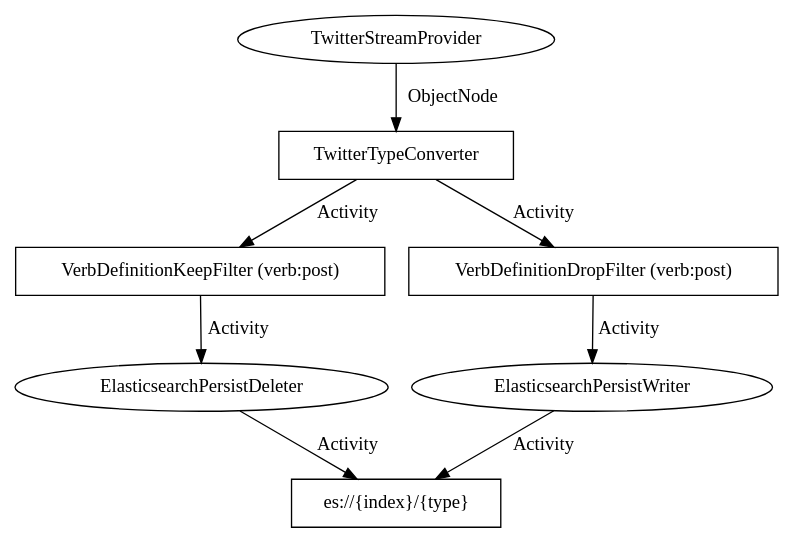
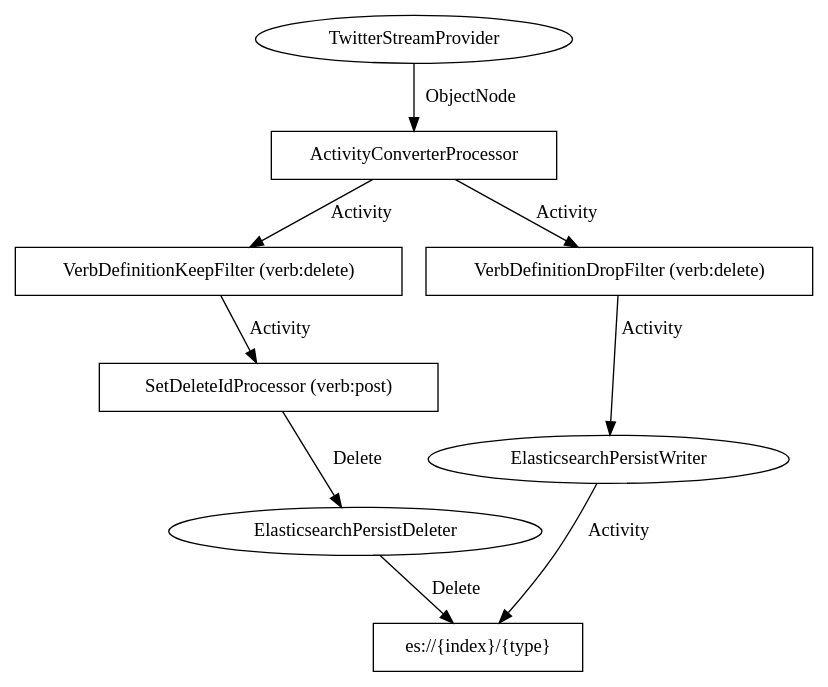
The diagram in local/twitter-userstream-elasticsearch/src/main/resources/TwitterUserstreamElasticsearch.dot (apache/streams-examples), drawn with Graphviz before and after one commit. The commit also changed 3 other files, not shown here.

Commit message:
fixed delete verb def clean-up documentation confirmed working

```diff
--- a/local/twitter-userstream-elasticsearch/src/main/resources/TwitterUserstreamElasticsearch.dot
+++ b/local/twitter-userstream-elasticsearch/src/main/resources/TwitterUserstreamElasticsearch.dot
@@ -1,26 +1,28 @@
 digraph g {
 
   //providers
   TwitterStreamProvider [label="TwitterStreamProvider",shape=ellipse,URL="https://github.com/apache/incubator-streams/blob/master/streams-contrib/streams-provider-twitter/src/main/java/org/apache/streams/twitter/provider/TwitterStreamProvider.java"];
 
   //processors
-  TwitterTypeConverter [label="TwitterTypeConverter",shape=box,URL="https://github.com/apache/incubator-streams/blob/master/streams-contrib/streams-provider-twitter/src/main/java/org/apache/streams/twitter/processor/TwitterTypeConverter.java"];
-  DeleteOnlyProcessor [label="VerbDefinitionKeepFilter (verb:post)",shape=box,URL="https://github.com/apache/incubator-streams/blob/master/streams-components/streams-filters/src/main/java/org/apache/streams/filters/VerbDefinitionKeepFilter.java"];
-  NoDeletesProcessor  [label="VerbDefinitionDropFilter (verb:post)",shape=box,URL="https://github.com/apache/incubator-streams/blob/master/streams-components/streams-filters/src/main/java/org/apache/streams/filters/VerbDefinitionDropFilter.java"];
-   
+  ActivityConverterProcessor [label="ActivityConverterProcessor",shape=box,URL="https://github.com/apache/incubator-streams/blob/master/streams-components/streams-converters/src/main/java/org/apache/streams/converter/ActivityConverterProcessor.java"];
+  DeleteOnlyProcessor [label="VerbDefinitionKeepFilter (verb:delete)",shape=box,URL="https://github.com/apache/incubator-streams/blob/master/streams-components/streams-filters/src/main/java/org/apache/streams/filters/VerbDefinitionKeepFilter.java"];
+  NoDeletesProcessor  [label="VerbDefinitionDropFilter (verb:delete)",shape=box,URL="https://github.com/apache/incubator-streams/blob/master/streams-components/streams-filters/src/main/java/org/apache/streams/filters/VerbDefinitionDropFilter.java"];
+  SetDeleteIdProcessor [label="SetDeleteIdProcessor (verb:post)",shape=box,URL="https://github.com/apache/incubator-streams-examples/blob/master/local/twitter-userstream-elasticsearch/src/main/java/org/apache/streams/twitter/example/TwitterUserstreamElasticsearch.java"];
+
   //persisters
   ElasticsearchPersistWriter [label="ElasticsearchPersistWriter",shape=ellipse,URL="https://github.com/apache/incubator-streams/blob/master/streams-contrib/streams-persist-elasticsearch/src/main/java/org/apache/streams/elasticsearch/ElasticsearchPersistWriter.java"];
-  ElasticsearchPersistDeleter [label="ElasticsearchPersistDeleter",shape=ellipse,URL="https://github.com/apache/incubator-streams/blob/master/streams-contrib/streams-persist-elasticsearch/src/main/java/org/apache/streams/elasticsearch/ElasticsearchPersistWriter.java"];
+  ElasticsearchPersistDeleter [label="ElasticsearchPersistDeleter",shape=ellipse,URL="https://github.com/apache/incubator-streams/blob/master/streams-contrib/streams-persist-elasticsearch/src/main/java/org/apache/streams/elasticsearch/ElasticsearchPersistDeleter.java"];
 
    //data
   es [label="es://{index}/{type}",shape=box];
 
   //stream
-  TwitterStreamProvider -> TwitterTypeConverter [label="ObjectNode"];
-  TwitterTypeConverter -> DeleteOnlyProcessor [label="Activity",URL="https://github.com/apache/incubator-streams/blob/master/streams-pojo/src/main/jsonschema/org/apache/streams/pojo/json/activity.json"];
-  TwitterTypeConverter -> NoDeletesProcessor [label="Activity",URL="https://github.com/apache/incubator-streams/blob/master/streams-pojo/src/main/jsonschema/org/apache/streams/pojo/json/activity.json"];
-  DeleteOnlyProcessor -> ElasticsearchPersistDeleter [label="Activity",URL="https://github.com/apache/incubator-streams/blob/master/streams-pojo/src/main/jsonschema/org/apache/streams/pojo/json/activity.json"];
+  TwitterStreamProvider -> ActivityConverterProcessor [label="ObjectNode"];
+  ActivityConverterProcessor -> DeleteOnlyProcessor [label="Activity",URL="https://github.com/apache/incubator-streams/blob/master/streams-pojo/src/main/jsonschema/org/apache/streams/pojo/json/activity.json"];
+  ActivityConverterProcessor -> NoDeletesProcessor [label="Activity",URL="https://github.com/apache/incubator-streams/blob/master/streams-pojo/src/main/jsonschema/org/apache/streams/pojo/json/activity.json"];
+  DeleteOnlyProcessor -> SetDeleteIdProcessor [label="Activity",URL="https://github.com/apache/incubator-streams/blob/master/streams-pojo/src/main/jsonschema/org/apache/streams/pojo/json/activity.json"];
   NoDeletesProcessor -> ElasticsearchPersistWriter [label="Activity",URL="https://github.com/apache/incubator-streams/blob/master/streams-pojo/src/main/jsonschema/org/apache/streams/pojo/json/activity.json"];
   ElasticsearchPersistWriter -> es [label="Activity",URL="https://github.com/apache/incubator-streams/blob/master/streams-pojo/src/main/jsonschema/org/apache/streams/pojo/json/activity.json"];
-  ElasticsearchPersistDeleter -> es [label="Activity",URL="https://github.com/apache/incubator-streams/blob/master/streams-pojo/src/main/jsonschema/org/apache/streams/pojo/json/activity.json"];
+  SetDeleteIdProcessor -> ElasticsearchPersistDeleter [label="Delete",URL="https://github.com/apache/incubator-streams/blob/master/streams-pojo/src/main/jsonschema/org/apache/streams/pojo/json/verbs/delete.json"];
+  ElasticsearchPersistDeleter -> es [label="Delete",URL="https://github.com/apache/incubator-streams/blob/master/streams-pojo/src/main/jsonschema/org/apache/streams/pojo/json/delete.json"];
 }
```
